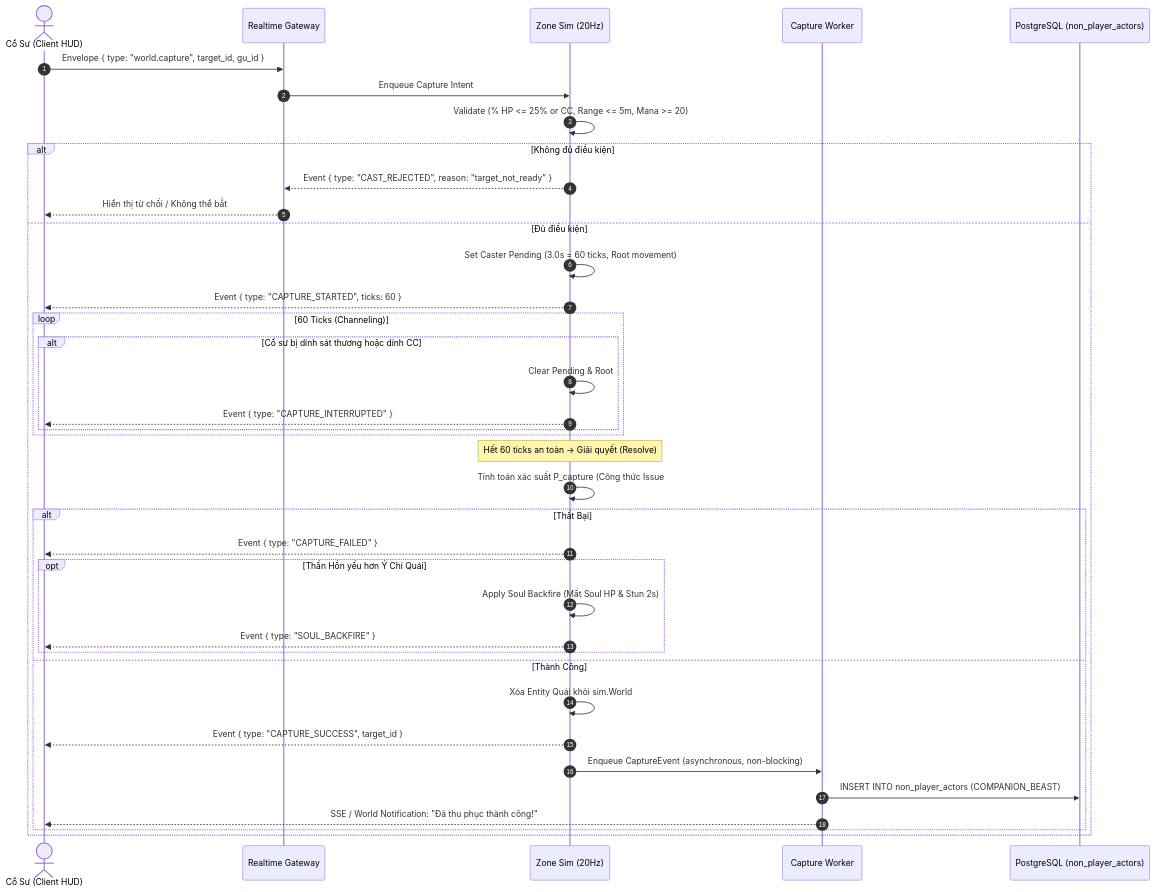
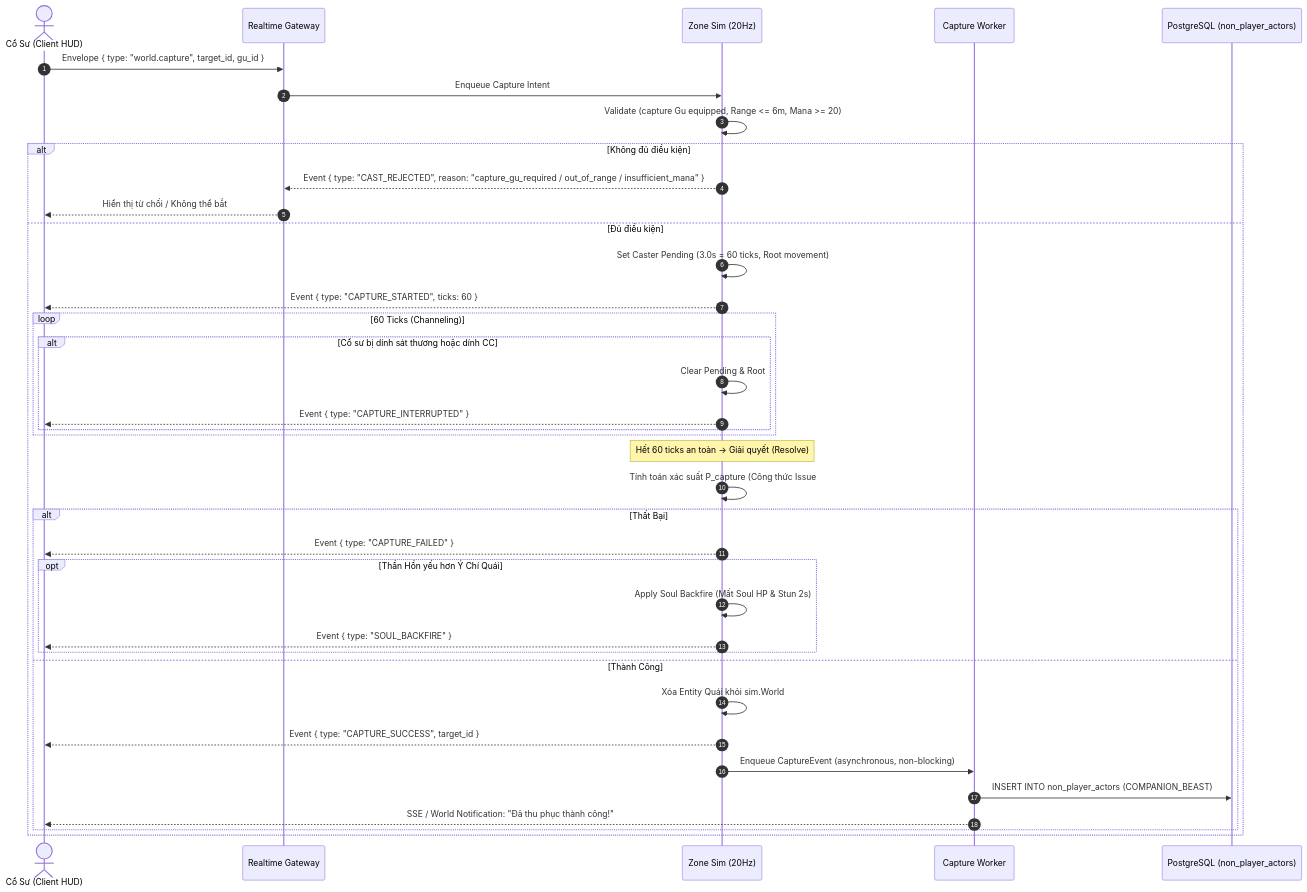
One commit to VipPro67/GuWorld changed the diagram in docs/REALTIME_CAPTURE_SPEC.md. Above: the diagram before and after it, drawn with Mermaid. The commit also changed other lines of this file and 13 other files, not shown here.

````diff
--- a/docs/REALTIME_CAPTURE_SPEC.md
+++ b/docs/REALTIME_CAPTURE_SPEC.md
@@ -7,41 +7,41 @@
 ```mermaid
 sequenceDiagram
     autonumber
     actor Client as Cổ Sư (Client HUD)
     participant Gateway as Realtime Gateway
     participant Zone as Zone Sim (20Hz)
     participant Worker as Capture Worker
     participant DB as PostgreSQL (non_player_actors)
 
     Client->>Gateway: Envelope { type: "world.capture", target_id, gu_id }
     Gateway->>Zone: Enqueue Capture Intent
-    Zone->>Zone: Validate (% HP <= 25% or CC, Range <= 5m, Mana >= 20)
+    Zone->>Zone: Validate (capture Gu equipped, Range <= 6m, Mana >= 20)
     alt Không đủ điều kiện
-        Zone-->>Gateway: Event { type: "CAST_REJECTED", reason: "target_not_ready" }
+        Zone-->>Gateway: Event { type: "CAST_REJECTED", reason: "capture_gu_required / out_of_range / insufficient_mana" }
         Gateway-->>Client: Hiển thị từ chối / Không thể bắt
     else Đủ điều kiện
         Zone->>Zone: Set Caster Pending (3.0s = 60 ticks, Root movement)
         Zone-->>Client: Event { type: "CAPTURE_STARTED", ticks: 60 }
         loop 60 Ticks (Channeling)
             alt Cổ sư bị dính sát thương hoặc dính CC
                 Zone->>Zone: Clear Pending & Root
                 Zone-->>Client: Event { type: "CAPTURE_INTERRUPTED" }
             end
         end
         Note over Zone: Hết 60 ticks an toàn -> Giải quyết (Resolve)
         Zone->>Zone: Tính toán xác suất P_capture (Công thức Issue #276)
         alt Thất Bại
             Zone-->>Client: Event { type: "CAPTURE_FAILED" }
             opt Thần Hồn yếu hơn Ý Chí Quái
                 Zone->>Zone: Apply Soul Backfire (Mất Soul HP & Stun 2s)
                 Zone-->>Client: Event { type: "SOUL_BACKFIRE" }
             end
         else Thành Công
             Zone->>Zone: Xóa Entity Quái khỏi sim.World
             Zone-->>Client: Event { type: "CAPTURE_SUCCESS", target_id }
             Zone->>Worker: Enqueue CaptureEvent (asynchronous, non-blocking)
             Worker->>DB: INSERT INTO non_player_actors (COMPANION_BEAST)
             Worker-->>Client: SSE / World Notification: "Đã thu phục thành công!"
         end
     end
 ```
````
